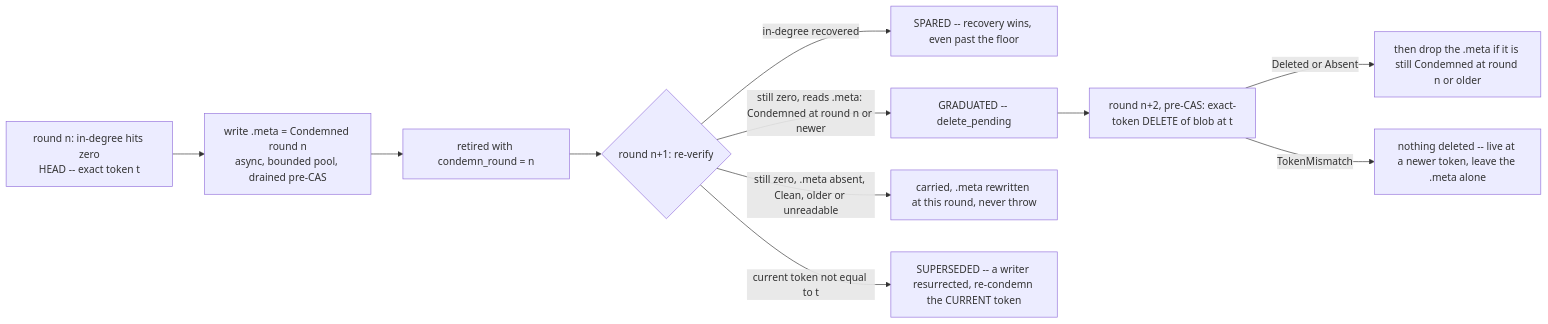
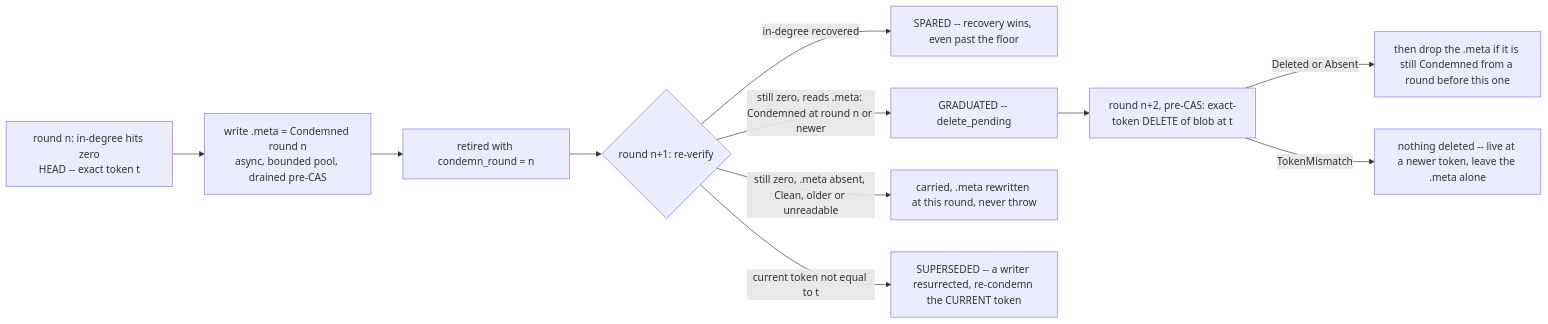
Before and after one commit to Altinity/ClickHouse: the third of 3 diagrams in docs/en/antalya/cas/architecture/garbage-collection.md, drawn with Mermaid. The commit also changed other lines of this file and 17 other files, not shown here.

````diff
--- a/docs/en/antalya/cas/architecture/garbage-collection.md
+++ b/docs/en/antalya/cas/architecture/garbage-collection.md
@@ -684,13 +684,13 @@
 ```mermaid
 flowchart LR
     A["round n: in-degree hits zero<br/>HEAD -- exact token t"] --> B["write .meta = Condemned round n<br/>async, bounded pool, drained pre-CAS"]
     B --> C["retired with condemn_round = n"]
     C --> D{"round n+1: re-verify"}
     D -->|"in-degree recovered"| S["SPARED -- recovery wins, even past the floor"]
     D -->|"still zero, reads .meta: Condemned at round n or newer"| G["GRADUATED -- delete_pending"]
     D -->|"still zero, .meta absent, Clean, older or unreadable"| C2["carried, .meta rewritten at this round, never throw"]
     D -->|"current token not equal to t"| SUP["SUPERSEDED -- a writer resurrected, re-condemn the CURRENT token"]
     G --> E["round n+2, pre-CAS: exact-token DELETE of blob at t"]
-    E -->|"Deleted or Absent"| F["then drop the .meta if it is still Condemned at round n or older"]
+    E -->|"Deleted or Absent"| F["then drop the .meta if it is still Condemned from a round before this one"]
     E -->|TokenMismatch| H["nothing deleted -- live at a newer token, leave the .meta alone"]
 ```
````
